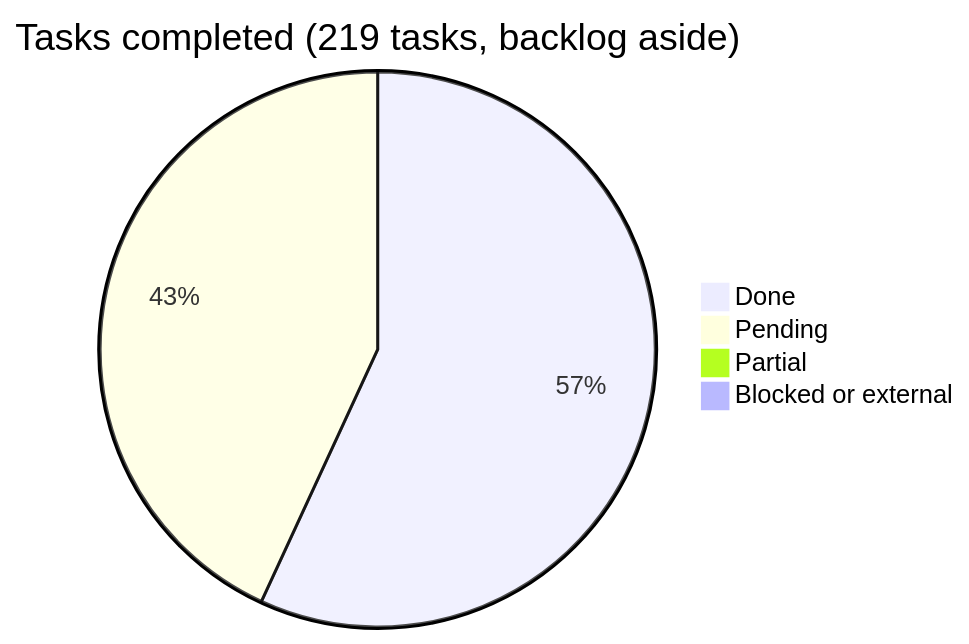
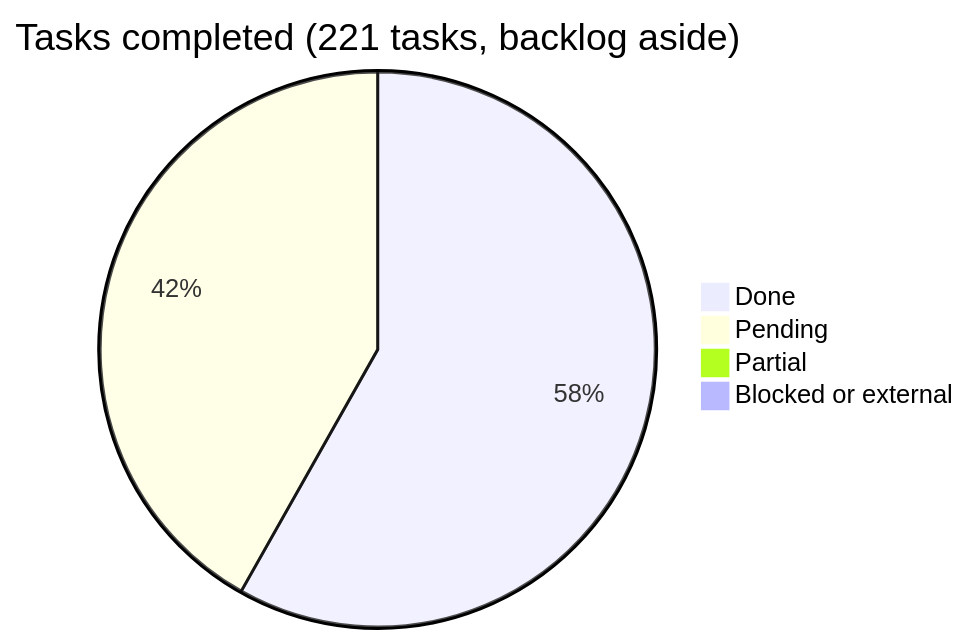
Before and after one commit to araguaney-lat/araguaney-app: the diagram in docs/roadmap/README.md, drawn with Mermaid. The commit also changed other lines of this file and 11 other files, not shown here.

````diff
--- a/docs/roadmap/README.md
+++ b/docs/roadmap/README.md
@@ -38,7 +38,7 @@
 ```mermaid
-pie title Tasks completed (219 tasks, backlog aside)
-    "Done" : 124
-    "Pending" : 94
+pie title Tasks completed (221 tasks, backlog aside)
+    "Done" : 128
+    "Pending" : 92
     "Partial" : 1
     "Blocked or external" : 0
 ```
````
